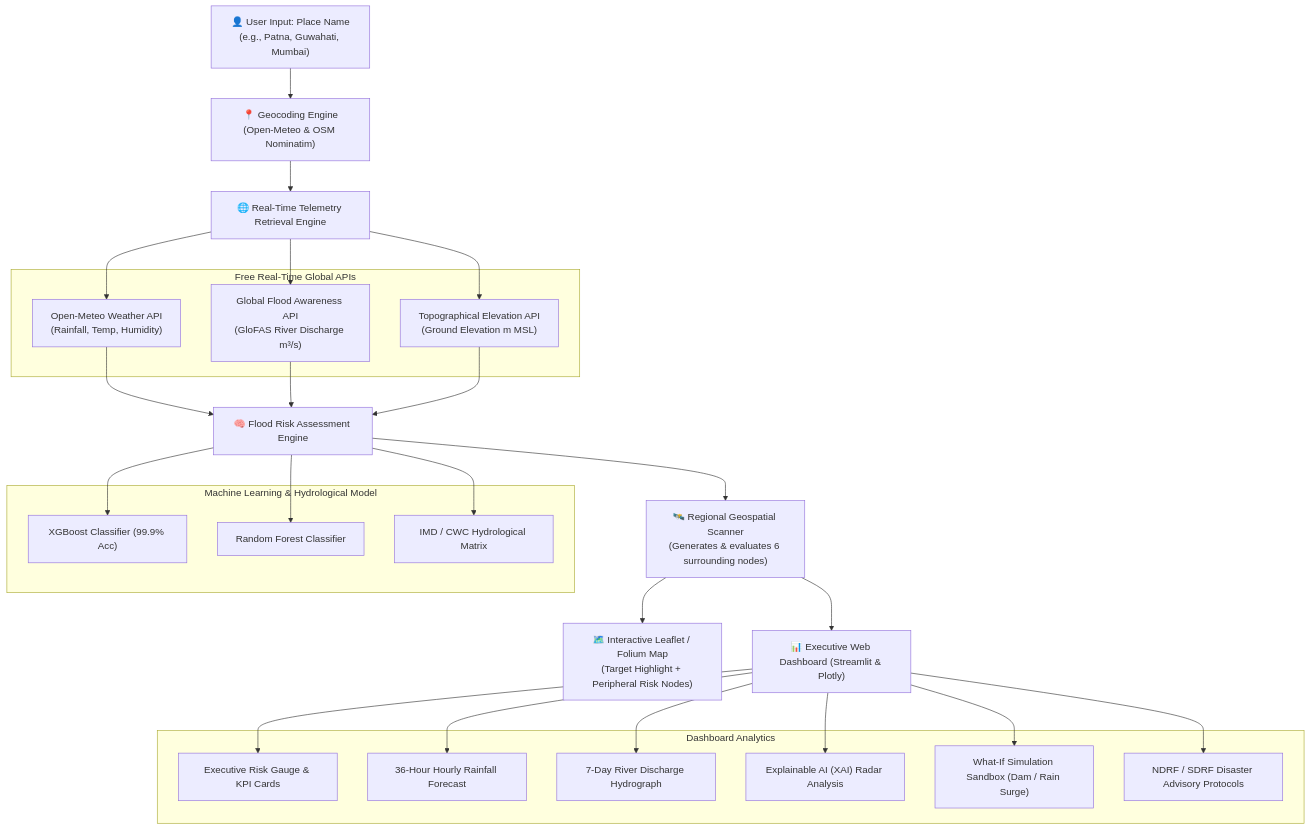
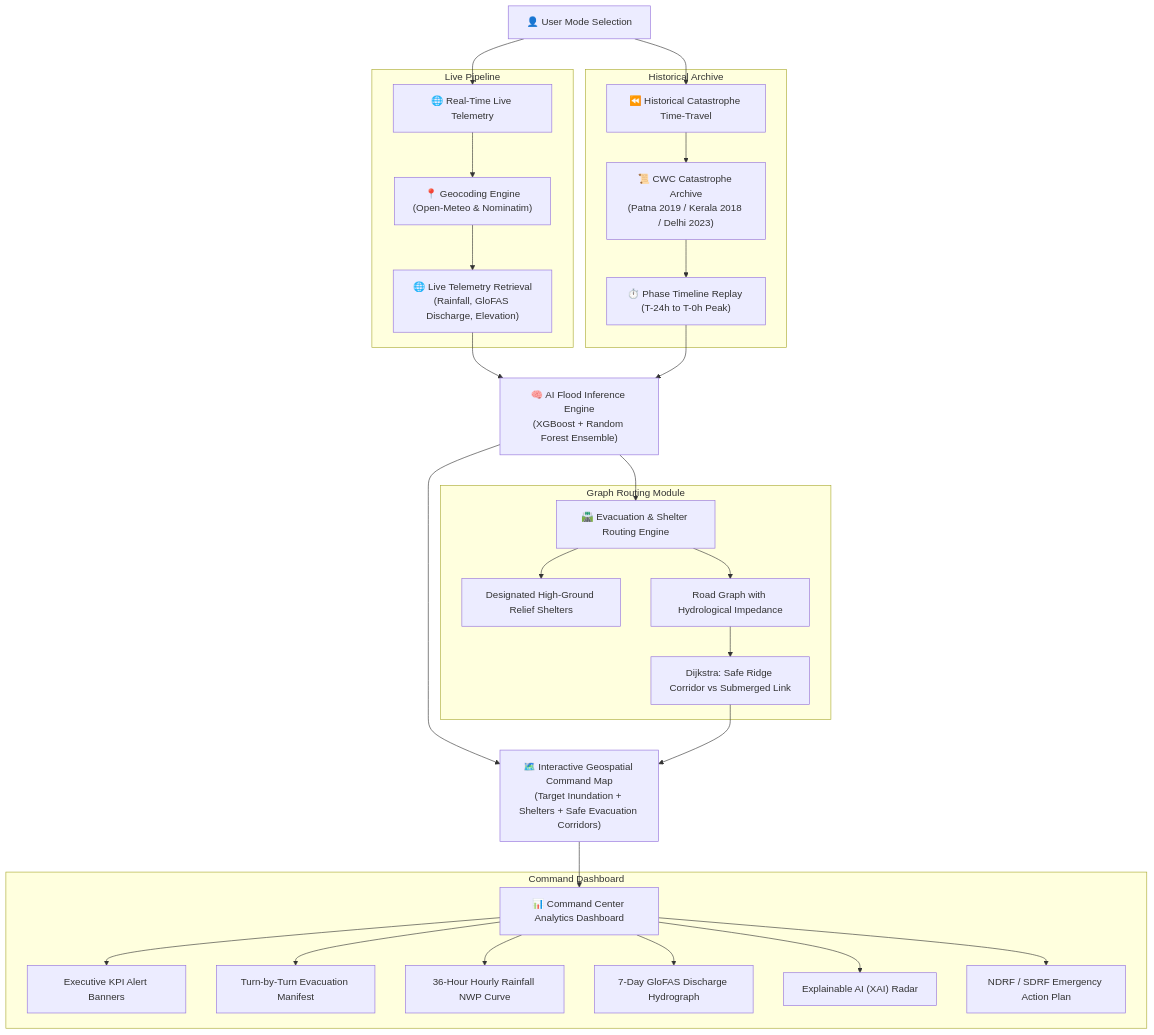
The diagram in README.md (ST1-hat/7thsem_group_project), drawn with Mermaid before and after one commit. The commit also changed other lines of this file and 5 other files, not shown here.

````diff
--- a/README.md
+++ b/README.md
@@ -20,50 +21,40 @@
 ```mermaid
 flowchart TD
-    A["👤 User Input: Place Name\n(e.g., Patna, Guwahati, Mumbai)"] --> B["📍 Geocoding Engine\n(Open-Meteo & OSM Nominatim)"]
-    B --> C["🌐 Real-Time Telemetry Retrieval Engine"]
+    A["👤 User Mode Selection"] --> M1["🌐 Real-Time Live Telemetry"]
+    A --> M2["⏪ Historical Catastrophe Time-Travel"]
     
-    subgraph Live_APIs ["Free Real-Time Global APIs"]
-        C1["Open-Meteo Weather API\n(Rainfall, Temp, Humidity)"]
-        C2["Global Flood Awareness API\n(GloFAS River Discharge m³/s)"]
-        C3["Topographical Elevation API\n(Ground Elevation m MSL)"]
+    subgraph Live_Pipeline ["Live Pipeline"]
+        M1 --> B["📍 Geocoding Engine\n(Open-Meteo & Nominatim)"]
+        B --> C["🌐 Live Telemetry Retrieval\n(Rainfall, GloFAS Discharge, Elevation)"]
     end
     
-    C --> C1
-    C --> C2
-    C --> C3
-    
-    C1 --> D["🧠 Flood Risk Assessment Engine"]
-    C2 --> D
-    C3 --> D
-    
-    subgraph AI_Engine ["Machine Learning & Hydrological Model"]
-        M1["XGBoost Classifier (99.9% Acc)"]
-        M2["Random Forest Classifier"]
-        M3["IMD / CWC Hydrological Matrix"]
+    subgraph Historical_Pipeline ["Historical Archive"]
+        M2 --> H1["📜 CWC Catastrophe Archive\n(Patna 2019 / Kerala 2018 / Delhi 2023)"]
+        H1 --> H2["⏱️ Phase Timeline Replay (T-24h to T-0h Peak)"]
     end
     
-    D --> M1
-    D --> M2
-    D --> M3
+    C --> D["🧠 AI Flood Inference Engine\n(XGBoost + Random Forest Ensemble)"]
+    H2 --> D
     
-    D --> E["🛰️ Regional Geospatial Scanner\n(Generates & evaluates 6 surrounding nodes)"]
+    D --> E["🛣️ Evacuation & Shelter Routing Engine"]
     
-    E --> F["🗺️ Interactive Leaflet / Folium Map\n(Target Highlight + Peripheral Risk Nodes)"]
-    E --> G["📊 Executive Web Dashboard (Streamlit & Plotly)"]
-    
-    subgraph Dashboard_Modules ["Dashboard Analytics"]
-        G1["Executive Risk Gauge & KPI Cards"]
-        G2["36-Hour Hourly Rainfall Forecast"]
-        G3["7-Day River Discharge Hydrograph"]
-        G4["Explainable AI (XAI) Radar Analysis"]
-        G5["What-If Simulation Sandbox (Dam / Rain Surge)"]
-        G6["NDRF / SDRF Disaster Advisory Protocols"]
+    subgraph Routing_Algorithm ["Graph Routing Module"]
+        E --> E1["Designated High-Ground Relief Shelters"]
+        E --> E2["Road Graph with Hydrological Impedance"]
+        E2 --> E3["Dijkstra: Safe Ridge Corridor vs Submerged Link"]
     end
     
-    G --> G1
-    G --> G2
-    G --> G3
-    G --> G4
-    G --> G5
-    G --> G6
+    D --> F["🗺️ Interactive Geospatial Command Map\n(Target Inundation + Shelters + Safe Evacuation Corridors)"]
+    E3 --> F
+    
+    F --> G["📊 Command Center Analytics Dashboard"]
+    
+    subgraph Dashboard_Modules ["Command Dashboard"]
+        G --> G1["Executive KPI Alert Banners"]
+        G --> G2["Turn-by-Turn Evacuation Manifest"]
+        G --> G3["36-Hour Hourly Rainfall NWP Curve"]
+        G --> G4["7-Day GloFAS Discharge Hydrograph"]
+        G --> G5["Explainable AI (XAI) Radar"]
+        G --> G6["NDRF / SDRF Emergency Action Plan"]
+    end
 ```
````
